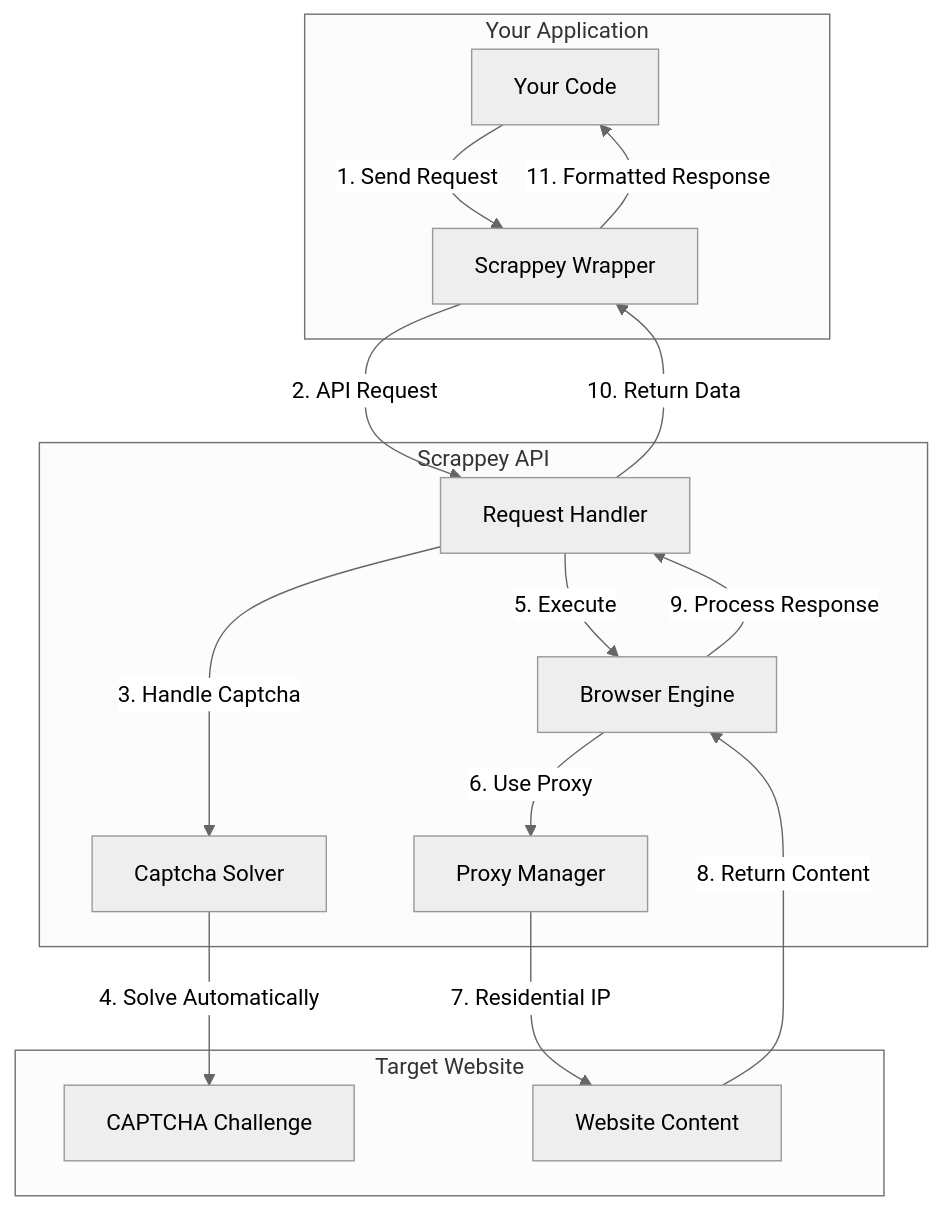
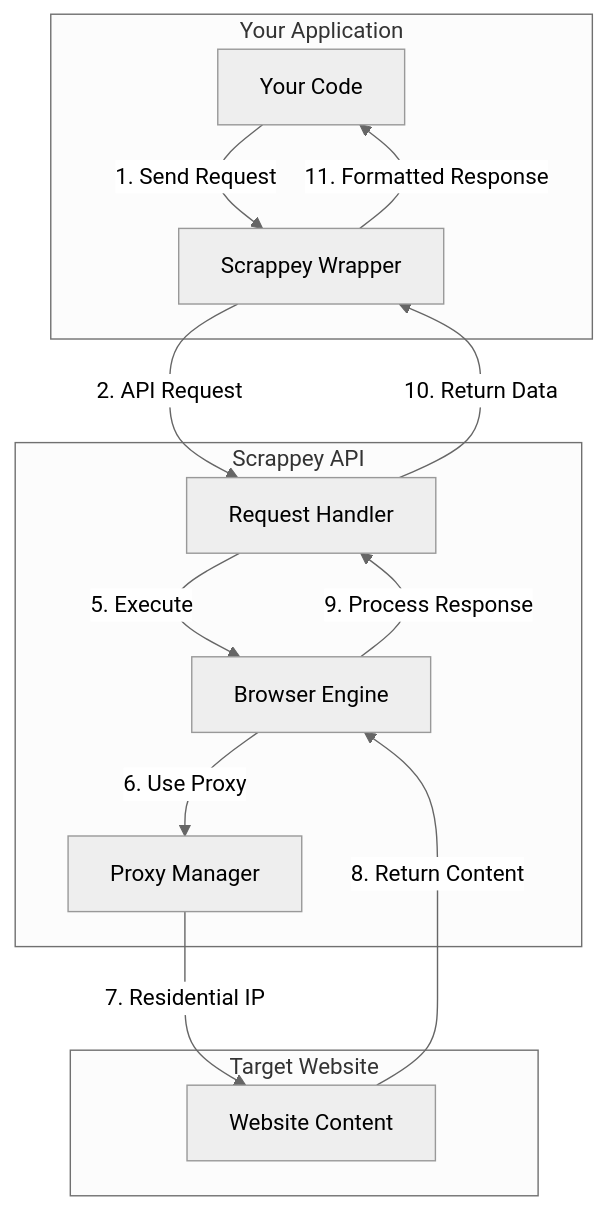
The diagram in readme.md (pim97/scrappey.js), drawn with Mermaid (neutral theme) before and after one commit. The commit also changed other lines of this file, not shown here.

````diff
--- a/readme.md
+++ b/readme.md
@@ -33,34 +32,29 @@
 ```mermaid
 flowchart TB
     subgraph YourApp[Your Application]
         Code[Your Code]
         Wrapper[Scrappey Wrapper]
     end
     
     subgraph ScrappeyAPI[Scrappey API]
         RequestHandler[Request Handler]
-        CaptchaSolver[Captcha Solver]
         BrowserEngine[Browser Engine]
         ProxyManager[Proxy Manager]
     end
     
     subgraph TargetSite[Target Website]
-        Captcha[CAPTCHA Challenge]
         Website[Website Content]
     end
     
     Code -->|1. Send Request| Wrapper
     Wrapper -->|2. API Request| RequestHandler
-    
-    RequestHandler -->|3. Handle Captcha| CaptchaSolver
-    CaptchaSolver -->|4. Solve Automatically| Captcha
     
     RequestHandler -->|5. Execute| BrowserEngine
     BrowserEngine -->|6. Use Proxy| ProxyManager
     ProxyManager -->|7. Residential IP| Website
     
     Website -->|8. Return Content| BrowserEngine
     BrowserEngine -->|9. Process Response| RequestHandler
     RequestHandler -->|10. Return Data| Wrapper
     Wrapper -->|11. Formatted Response| Code
 ```
````
